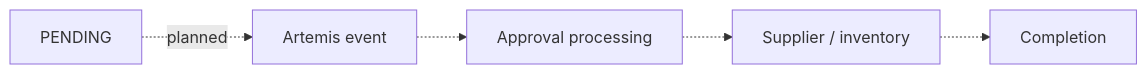
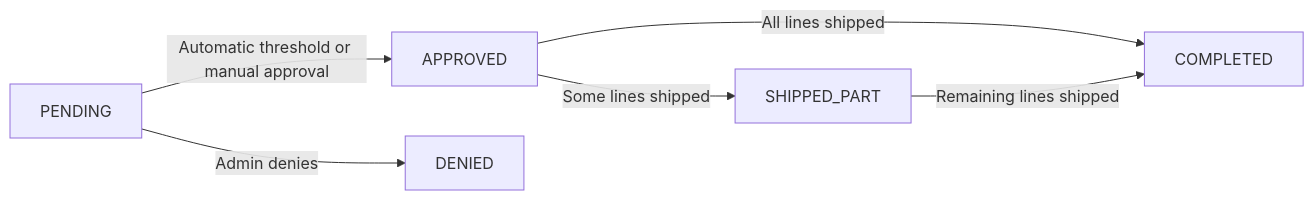
One commit to the-sagar/petstore-modernized changed the second of 2 diagrams in docs/07-order-processing.md. Above: the diagram before and after it, drawn with Mermaid. The commit also changed other lines of this file and 10 other files, not shown here.

````diff
--- a/docs/07-order-processing.md
+++ b/docs/07-order-processing.md
@@ -110,7 +42,8 @@
 ```mermaid
 flowchart LR
-    P[PENDING] -.->|planned| E[Artemis event]
-    E -.-> A[Approval processing]
-    A -.-> S[Supplier / inventory]
-    S -.-> C[Completion]
+    P[PENDING] -->|Automatic threshold or manual approval| A[APPROVED]
+    P -->|Admin denies| D[DENIED]
+    A -->|Some lines shipped| S[SHIPPED_PART]
+    A -->|All lines shipped| C[COMPLETED]
+    S -->|Remaining lines shipped| C
 ```
````
